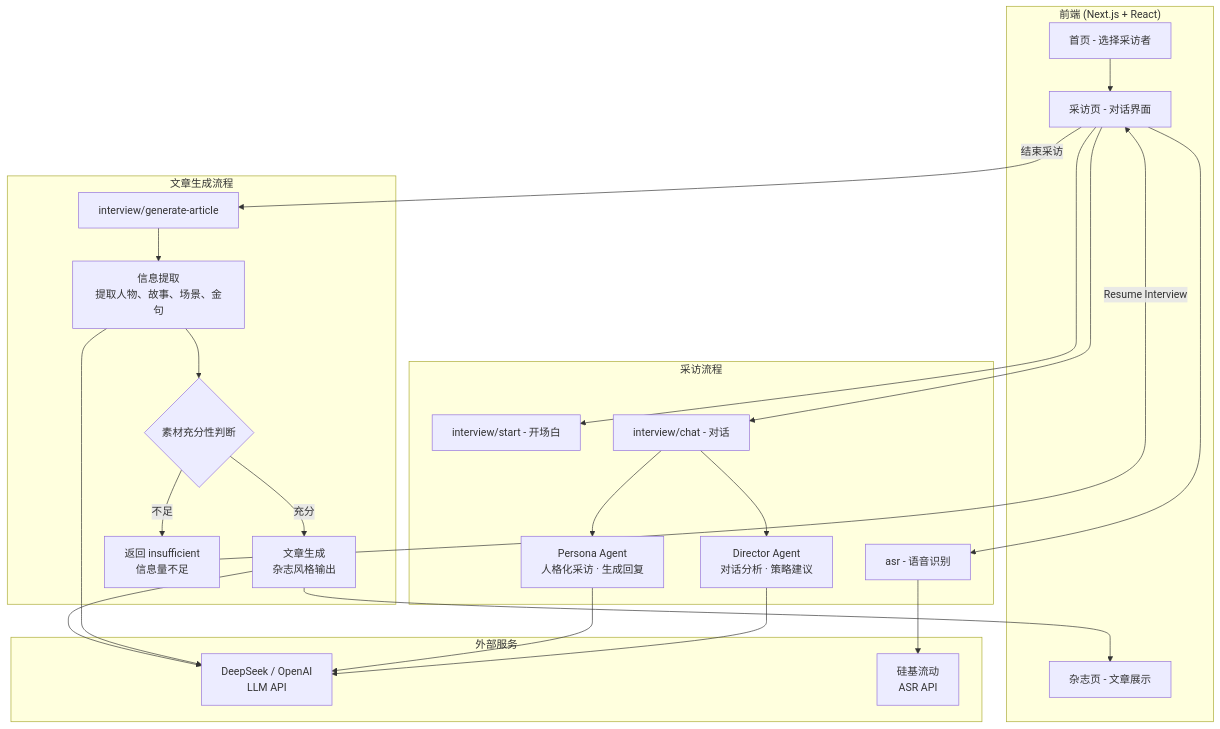
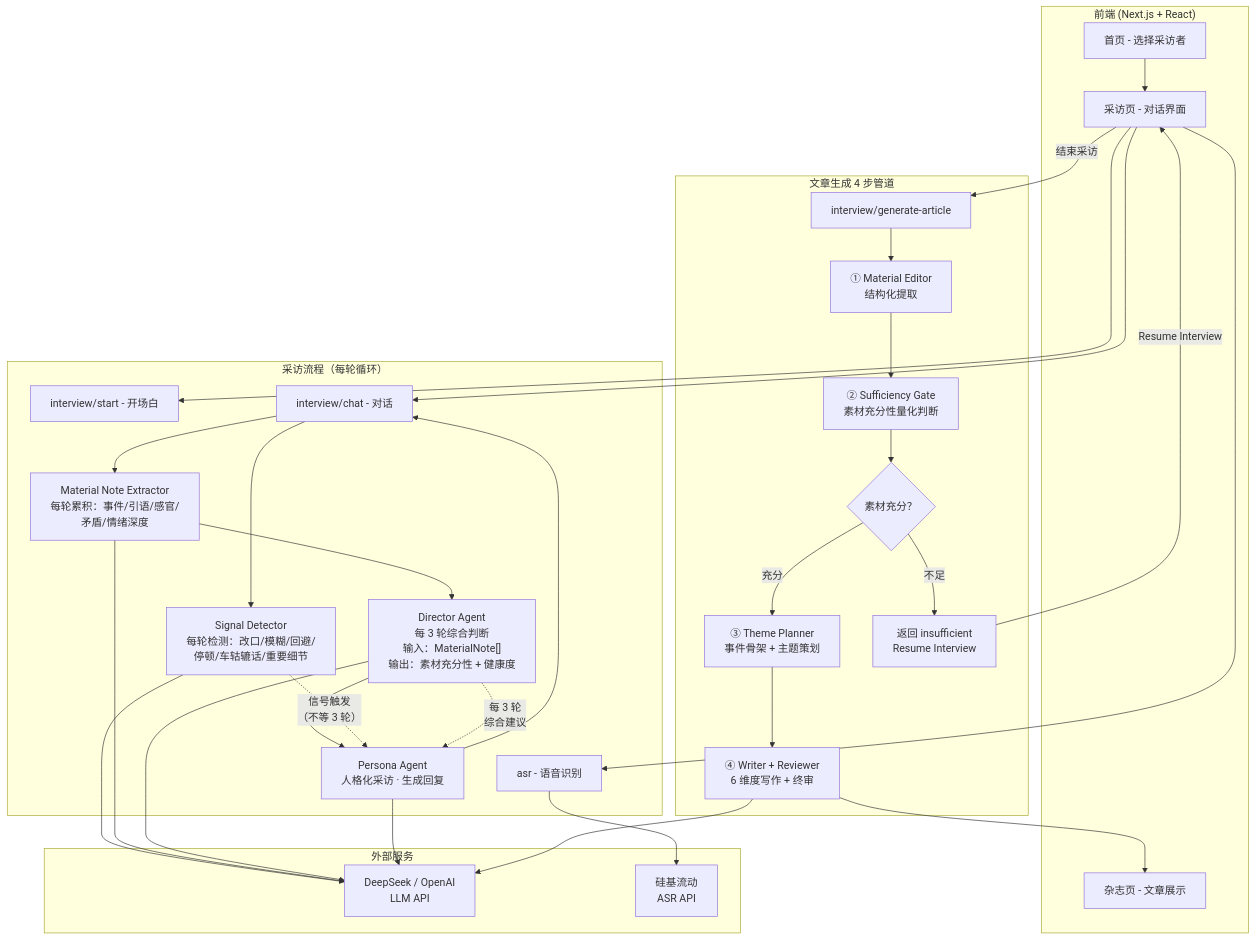
The first of 2 diagrams in README.md (Lucia-law/wetales), drawn with Mermaid before and after one commit. The commit also changed other lines of this file, not shown here.

First line of the commit message:
docs: README 同步三个 Agent 升级——架构图/组件表/Writer 6 维度/文章 4 步管道

````diff
--- a/README.md
+++ b/README.md
@@ -19,48 +20,60 @@
 ```mermaid
 graph TB
     subgraph Frontend["前端 (Next.js + React)"]
         A["首页 - 选择采访者"]
         B["采访页 - 对话界面"]
         C["杂志页 - 文章展示"]
     end
 
-    subgraph InterviewFlow["采访流程"]
+    subgraph InterviewFlow["采访流程（每轮循环）"]
         D["interview/start - 开场白"]
         E["interview/chat - 对话"]
         F["asr - 语音识别"]
-        G["Director Agent<br/>对话分析 · 策略建议"]
+        G1["Signal Detector<br/>每轮检测：改口/模糊/回避/<br/>停顿/车轱辘话/重要细节"]
+        G2["Material Note Extractor<br/>每轮累积：事件/引语/感官/<br/>矛盾/情绪深度"]
+        G3["Director Agent<br/>每 3 轮综合判断<br/>输入：MaterialNote[]<br/>输出：素材充分性 + 健康度"]
         H["Persona Agent<br/>人格化采访 · 生成回复"]
     end
 
-    subgraph ArticleFlow["文章生成流程"]
+    subgraph ArticleFlow["文章生成 4 步管道"]
         I["interview/generate-article"]
-        J["信息提取<br/>提取人物、故事、场景、金句"]
-        K{"素材充分性判断"}
-        L["文章生成<br/>杂志风格输出"]
-        M["返回 insufficient<br/>信息量不足"]
+        J1["① Material Editor<br/>结构化提取"]
+        J2["② Sufficiency Gate<br/>素材充分性量化判断"]
+        J3{"素材充分？"}
+        J4["③ Theme Planner<br/>事件骨架 + 主题策划"]
+        J5["④ Writer + Reviewer<br/>6 维度写作 + 终审"]
+        J6["返回 insufficient<br/>Resume Interview"]
     end
 
     subgraph External["外部服务"]
         N["DeepSeek / OpenAI<br/>LLM API"]
         O["硅基流动<br/>ASR API"]
     end
 
     A --> B
     B --> D
     B --> E
     B --> F
-    E --> G
-    E --> H
-    G --> N
+    E --> G1
+    E --> G2
+    G2 --> G3
+    G3 --> H
+    H --> E
+    G1 -. "信号触发<br/>（不等 3 轮）" .-> H
+    G3 -. "每 3 轮<br/>综合建议" .-> H
+    G1 --> N
+    G2 --> N
+    G3 --> N
     H --> N
     F --> O
     B -->|"结束采访"| I
-    I --> J
-    J --> N
-    J --> K
-    K -->|"充分"| L
-    K -->|"不足"| M
-    L --> N
-    L --> C
-    M -->|"Resume Interview"| B
+    I --> J1
+    J1 --> J2
+    J2 --> J3
+    J3 -->|"充分"| J4
+    J3 -->|"不足"| J6
+    J4 --> J5
+    J5 --> N
+    J5 --> C
+    J6 -->|"Resume Interview"| B
 ```
````
